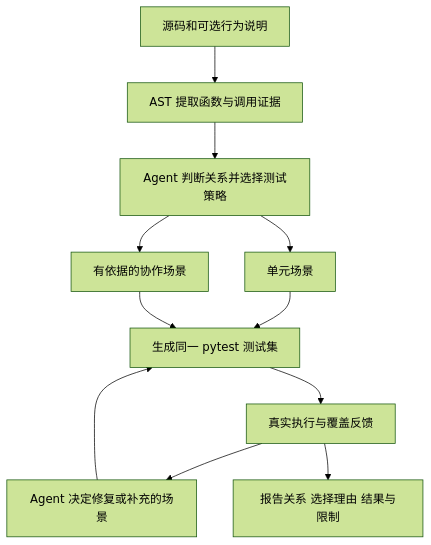
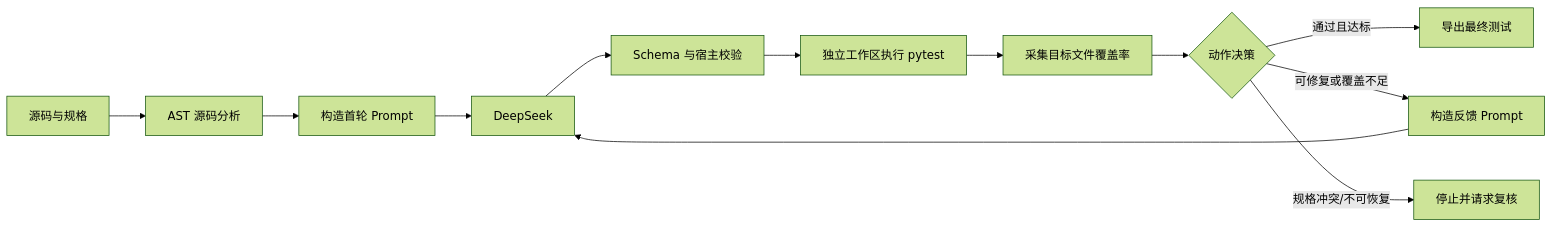
One commit to ZHZ1111/AgentDev changed the diagram in Design.md. Above: the diagram before and after it, drawn with Mermaid (forest theme). The commit also changed other lines of this file and 1863 other files, not shown here.

````diff
--- a/Design.md
+++ b/Design.md
@@ -141,13 +11,14 @@
 ```mermaid
-flowchart TD
-    I[源码和可选行为说明] --> A[AST 提取函数与调用证据]
-    A --> P[Agent 判断关系并选择测试策略]
-    P --> U[单元场景]
-    P --> C[有依据的协作场景]
-    U --> G[生成同一 pytest 测试集]
-    C --> G
-    G --> R[真实执行与覆盖反馈]
-    R --> D[Agent 决定修复或补充的场景]
-    D --> G
-    R --> F[报告关系 选择理由 结果与限制]
+flowchart LR
+    A[源码与规格] --> B[AST 源码分析]
+    B --> C[构造首轮 Prompt]
+    C --> D[DeepSeek]
+    D --> E[Schema 与宿主校验]
+    E --> F[独立工作区执行 pytest]
+    F --> G[采集目标文件覆盖率]
+    G --> H{动作决策}
+    H -->|通过且达标| I[导出最终测试]
+    H -->|可修复或覆盖不足| J[构造反馈 Prompt]
+    J --> D
+    H -->|规格冲突/不可恢复| K[停止并请求复核]
 ```
````
